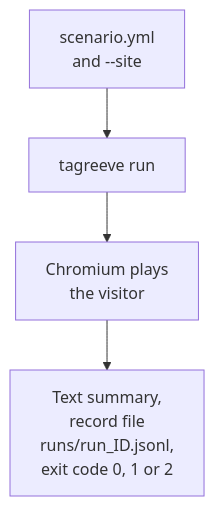
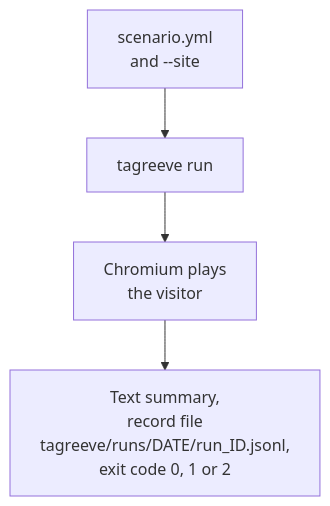
Before and after one commit to alfhen/pingwright: the diagram in docs/guide/first-run.md, drawn with Mermaid. The commit also changed 17 other files, not shown here.

Commit message:
feat: default --out to tagreeve/runs/<date>/ with a notice for old ./runs/

````diff
--- a/docs/guide/first-run.md
+++ b/docs/guide/first-run.md
@@ -49,6 +49,6 @@
 ```mermaid
 flowchart TB
   a["scenario.yml<br/>and --site"] --> b["tagreeve run"]
   b --> c["Chromium plays<br/>the visitor"]
-  c --> d["Text summary,<br/>record file<br/>runs/run_ID.jsonl,<br/>exit code 0, 1 or 2"]
+  c --> d["Text summary,<br/>record file<br/>tagreeve/runs/DATE/run_ID.jsonl,<br/>exit code 0, 1 or 2"]
 ```
````
